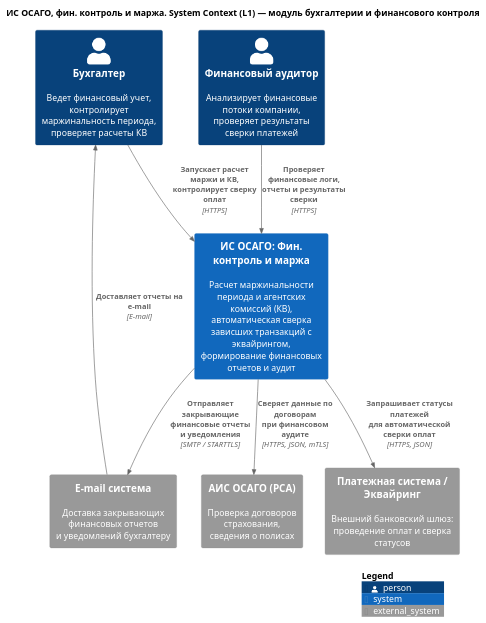
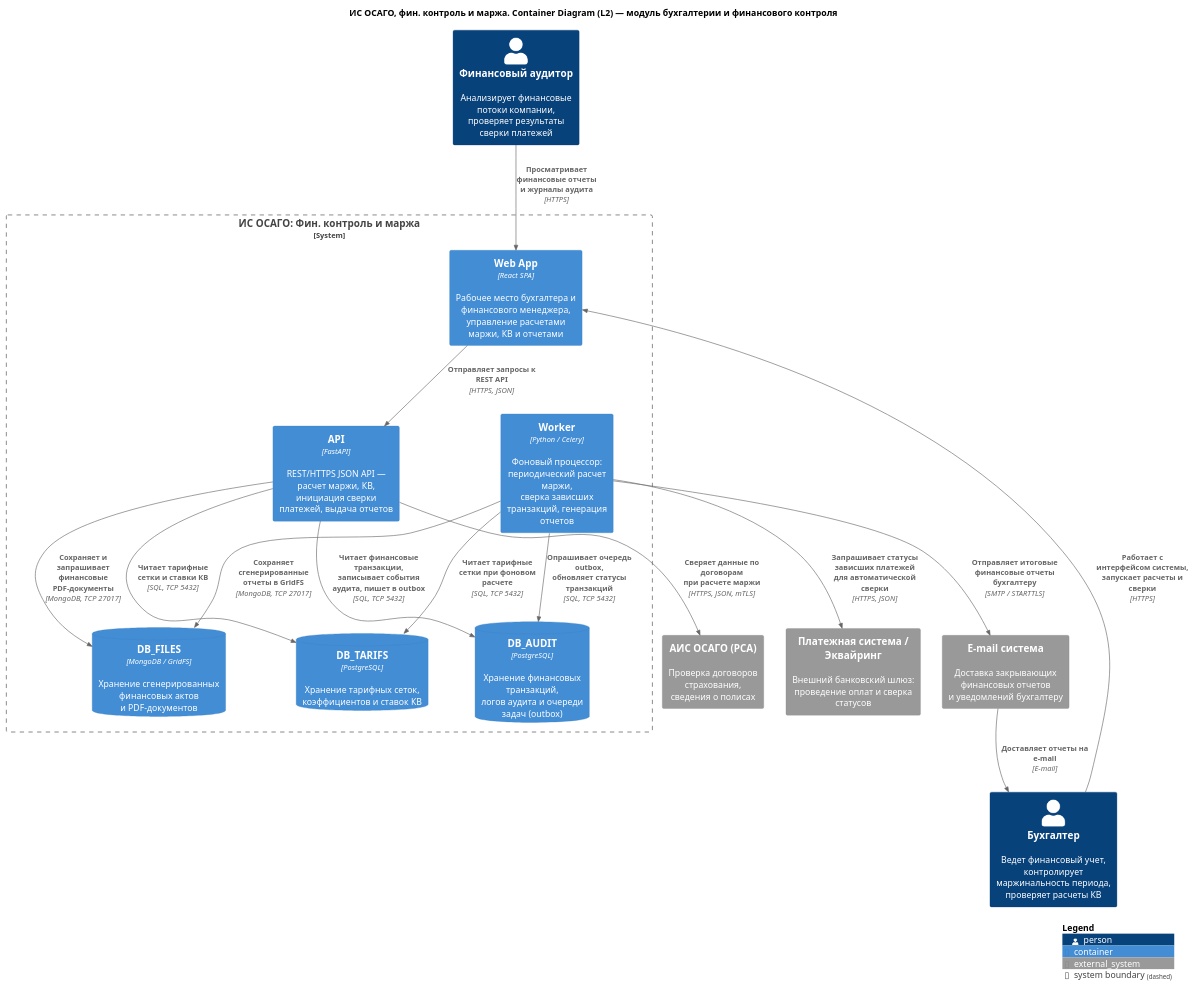
One commit to ElectricLight-ELO/Insurance-system changed the diagram in architecture/src/uscov/L2_container.puml. Above: the diagram before and after it, drawn with PlantUML. The commit also changed 4 other files, not shown here.

```diff
--- a/architecture/src/uscov/L2_container.puml
+++ b/architecture/src/uscov/L2_container.puml
@@ -1,24 +1,44 @@
 @startuml
-!include ../core/C4_Context.puml
+!include ../core/C4_Container.puml
 
-title ИС ОСАГО, фин. контроль и маржа. System Context (L1) — модуль бухгалтерии и финансового контроля
+title ИС ОСАГО, фин. контроль и маржа. Container Diagram (L2) — модуль бухгалтерии и финансового контроля
+
+LAYOUT_TOP_DOWN()
 
 Person(accountant, "Бухгалтер", "Ведет финансовый учет,\nконтролирует маржинальность периода,\nпроверяет расчеты КВ", $tags="staff")
 Person(auditor, "Финансовый аудитор", "Анализирует финансовые потоки компании,\nпроверяет результаты сверки платежей", $tags="staff")
 
-System(mod_finance, "ИС ОСАГО: Фин. контроль и маржа", "Расчет маржинальности периода и агентских комиссий (КВ),\nавтоматическая сверка зависших транзакций с эквайрингом,\nформирование финансовых отчетов и аудит", $tags="target")
+System_Boundary(osago_service, "ИС ОСАГО: Фин. контроль и маржа") {
+    Container(web_app, "Web App", "React SPA", "Рабочее место бухгалтера и финансового менеджера,\nуправление расчетами маржи, КВ и отчетами", $tags="target")
+    Container(api, "API", "FastAPI", "REST/HTTPS JSON API — расчет маржи, КВ,\nинициация сверки платежей, выдача отчетов", $tags="target")
+    Container(worker, "Worker", "Python / Celery", "Фоновый процессор: периодический расчет маржи,\nсверка зависших транзакций, генерация отчетов", $tags="target")
+
+    ContainerDb(db_tariffs, "DB_TARIFS", "PostgreSQL", "Хранение тарифных сеток,\nкоэффициентов и ставок КВ")
+    ContainerDb(db_audit, "DB_AUDIT", "PostgreSQL", "Хранение финансовых транзакций,\nлогов аудита и очереди задач (outbox)")
+    ContainerDb(db_files, "DB_FILES", "MongoDB / GridFS", "Хранение сгенерированных финансовых актов\nи PDF-документов")
+}
 
 System_Ext(ais_osago, "АИС ОСАГО (РСА)", "Проверка договоров страхования,\nсведения о полисах", $tags="ext")
-System_Ext(bank_sys, "Платежная система / Эквайринг", "Внешний банковский шлюз:\nпроведение оплат и сверка статусов", $tags="ext")
+System_Ext(payment_sys, "Платежная система / Эквайринг", "Внешний банковский шлюз:\nпроведение оплат и сверка статусов", $tags="ext")
 System_Ext(email_sys, "E-mail система", "Доставка закрывающих финансовых отчетов\nи уведомлений бухгалтеру", $tags="ext")
 
-Rel(accountant, mod_finance, "Запускает расчет маржи и КВ,\nконтролирует сверку оплат", "HTTPS")
-Rel(auditor, mod_finance, "Проверяет финансовые логи,\nотчеты и результаты сверки", "HTTPS")
+Rel(accountant, web_app, "Работает с интерфейсом системы,\nзапускает расчеты и сверки", "HTTPS")
+Rel(auditor, web_app, "Просматривает финансовые отчеты\nи журналы аудита", "HTTPS")
 
-Rel(mod_finance, ais_osago, "Сверяет данные по договорам\nпри финансовом аудите", "HTTPS, JSON, mTLS")
-Rel(mod_finance, bank_sys, "Запрашивает статусы платежей\nдля автоматической сверки оплат", "HTTPS, JSON")
-Rel(mod_finance, email_sys, "Отправляет закрывающие финансовые отчеты\nи уведомления", "SMTP / STARTTLS", $tags="async")
+Rel(web_app, api, "Отправляет запросы к REST API", "HTTPS, JSON")
+
+Rel(api, db_tariffs, "Читает тарифные сетки и ставки КВ", "SQL, TCP 5432")
+Rel(api, db_audit, "Читает финансовые транзакции,\nзаписывает события аудита, пишет в outbox", "SQL, TCP 5432")
+Rel(api, db_files, "Сохраняет и запрашивает финансовые PDF-документы", "MongoDB, TCP 27017")
+
+Rel(worker, db_audit, "Опрашивает очередь outbox,\nобновляет статусы транзакций", "SQL, TCP 5432")
+Rel(worker, db_tariffs, "Читает тарифные сетки при фоновом расчете", "SQL, TCP 5432")
+Rel(worker, db_files, "Сохраняет сгенерированные отчеты в GridFS", "MongoDB, TCP 27017")
+
+Rel(api, ais_osago, "Сверяет данные по договорам\nпри расчете маржи", "HTTPS, JSON, mTLS")
+Rel(worker, payment_sys, "Запрашивает статусы зависших платежей\nдля автоматической сверки", "HTTPS, JSON")
+Rel(worker, email_sys, "Отправляет итоговые финансовые отчеты\nбухгалтеру", "SMTP / STARTTLS", $tags="async")
 Rel(email_sys, accountant, "Доставляет отчеты на e-mail", "E-mail", $tags="async")
 
 SHOW_LEGEND()
 @enduml
```
